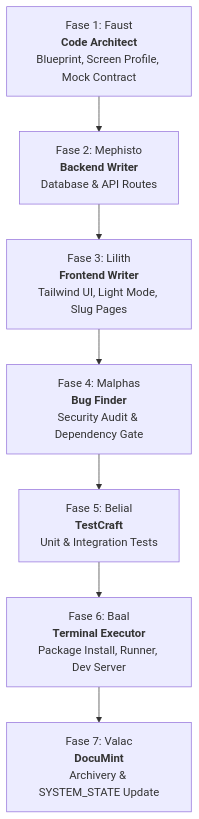
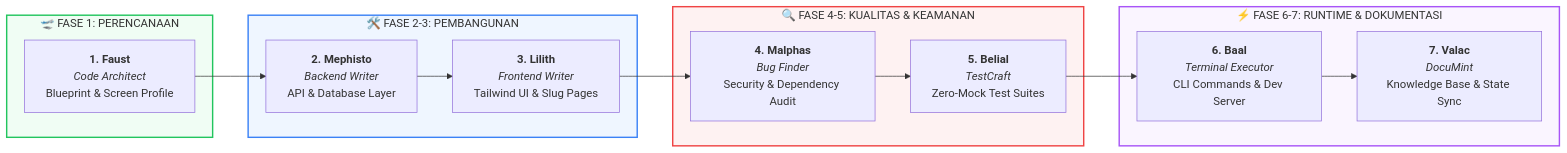
Before and after one commit to novaXhellix/hellix-agent-starter: the diagram in README.md, drawn with Mermaid. The commit also changed other lines of this file, not shown here.

````diff
--- a/README.md
+++ b/README.md
@@ -22,9 +43,33 @@
 ```mermaid
-graph TD
-    A[Fase 1: Faust<br/><b>Code Architect</b><br/>Blueprint, Screen Profile, Mock Contract] --> B[Fase 2: Mephisto<br/><b>Backend Writer</b><br/>Database & API Routes]
-    B --> C[Fase 3: Lilith<br/><b>Frontend Writer</b><br/>Tailwind UI, Light Mode, Slug Pages]
-    C --> D[Fase 4: Malphas<br/><b>Bug Finder</b><br/>Security Audit & Dependency Gate]
-    D --> E[Fase 5: Belial<br/><b>TestCraft</b><br/>Unit & Integration Tests]
-    E --> F[Fase 6: Baal<br/><b>Terminal Executor</b><br/>Package Install, Runner, Dev Server]
-    F --> G[Fase 7: Valac<br/><b>DocuMint</b><br/>Archivery & SYSTEM_STATE Update]
+graph LR
+    subgraph Planning ["🛫 FASE 1: PERENCANAAN"]
+        A["<b>1. Faust</b><br/><i>Code Architect</i><br/>Blueprint & Screen Profile"]
+    end
+
+    subgraph Core ["🛠️ FASE 2-3: PEMBANGUNAN"]
+        B["<b>2. Mephisto</b><br/><i>Backend Writer</i><br/>API & Database Layer"]
+        C["<b>3. Lilith</b><br/><i>Frontend Writer</i><br/>Tailwind UI & Slug Pages"]
+    end
+
+    subgraph Quality ["🔍 FASE 4-5: KUALITAS & KEAMANAN"]
+        D["<b>4. Malphas</b><br/><i>Bug Finder</i><br/>Security & Dependency Audit"]
+        E["<b>5. Belial</b><br/><i>TestCraft</i><br/>Zero-Mock Test Suites"]
+    end
+
+    subgraph Execution ["⚡ FASE 6-7: RUNTIME & DOKUMENTASI"]
+        F["<b>6. Baal</b><br/><i>Terminal Executor</i><br/>CLI Commands & Dev Server"]
+        G["<b>7. Valac</b><br/><i>DocuMint</i><br/>Knowledge Base & State Sync"]
+    end
+
+    A --> B
+    B --> C
+    C --> D
+    D --> E
+    E --> F
+    F --> G
+
+    style Planning fill:#f0fdf4,stroke:#22c55e,stroke-width:2px;
+    style Core fill:#eff6ff,stroke:#3b82f6,stroke-width:2px;
+    style Quality fill:#fef2f2,stroke:#ef4444,stroke-width:2px;
+    style Execution fill:#faf5ff,stroke:#a855f7,stroke-width:2px;
 ```
````
